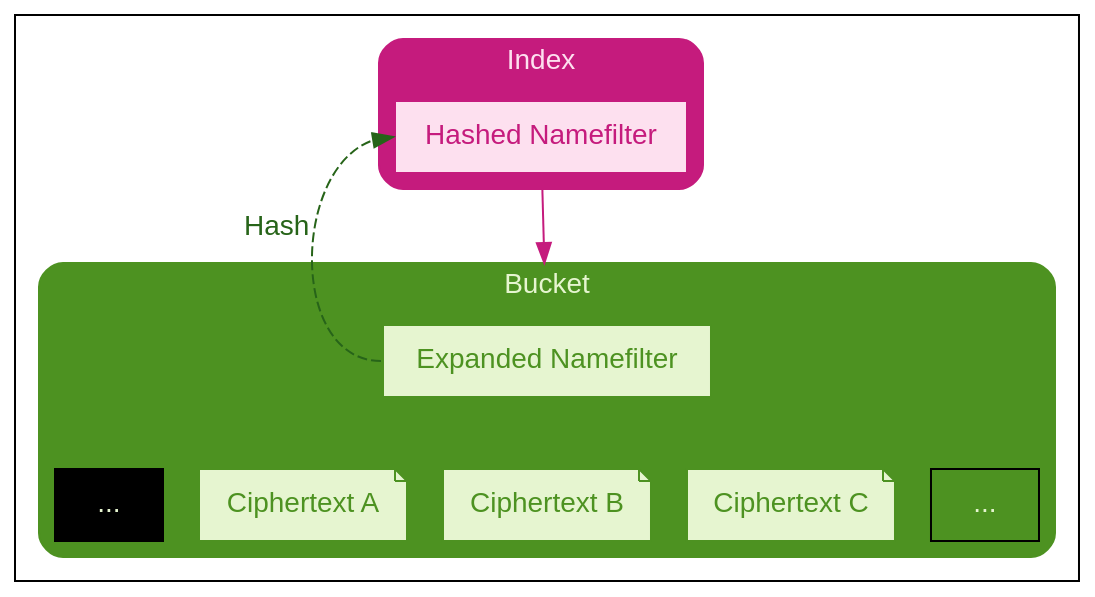
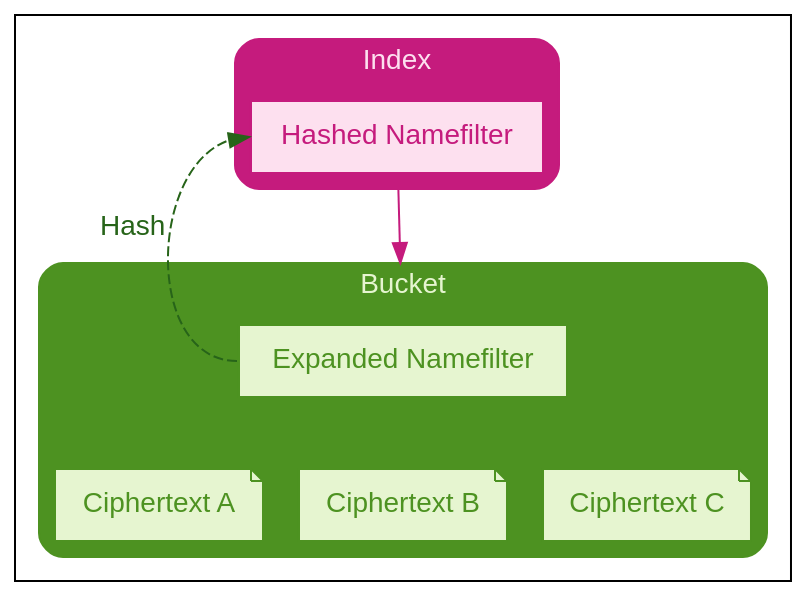
Before and after one commit to wnfs-wg/spec: the diagram in spec/diagrams/hamt_leaves.dot, drawn with Graphviz. The commit also changed 2 other files, not shown here.

```diff
--- a/spec/diagrams/hamt_leaves.dot
+++ b/spec/diagrams/hamt_leaves.dot
@@ -1,78 +1,76 @@
 digraph G {
     #########
     # SETUP #
     #########
 
     compound = true
     fontname = "Helvetica"
 
     edge [
         colorscheme = "piyg11"
         fontname = "Helvetica"
     ];
 
     node [
         shape = box
         colorscheme = "piyg11"
         style = filled
         fillcolor = 7
         fontname = "Helvetica"
         color=10
         fontcolor=10
     ];
 
     graph [
         colorscheme = "piyg11"
         color = 10
         style = "rounded,filled"
         fontcolor=7
     ];
 
     ############
     # CLUSTERS #
     ############
 
     subgraph cluster_index {
         label = "Index"
 
         color = 2
         fillcolor = 2
         fontcolor = 5
 
         hashed_namefilter [
             label = "Hashed Namefilter"
 
             color = 2
             fillcolor = 5
             fontcolor = 2
         ]
     }
 
     subgraph cluster_bucket {
         label = "Bucket"
 
         expanded_namefilter [label = "Expanded Namefilter"]
 
-        ellipsis_start [label = "..." fontcolor = 7 shape = plaintext fillcolor = invis color = invis]
         ciphertext_a [label = "Ciphertext A" shape = note]
         ciphertext_b [label = "Ciphertext B" shape = note]
         ciphertext_c [label = "Ciphertext C" shape = note]
-        ellipsis_end [label = "..." fontcolor = 7 shape = plaintext fillcolor = 10]
 
-        expanded_namefilter -> { ellipsis_start ciphertext_a ciphertext_b ciphertext_c ellipsis_end} [style = invis]
+        expanded_namefilter -> { ciphertext_a ciphertext_b ciphertext_c } [style = invis]
     }
 
     hashed_namefilter -> expanded_namefilter [
         ltail = cluster_index
         lhead = cluster_bucket
         minlen = 2
         color = 2
     ]
 
     expanded_namefilter:w -> hashed_namefilter:w [
         xlabel = "Hash"
         fontcolor = 11
         color = 11
         style = dashed
     ]
 }
```
